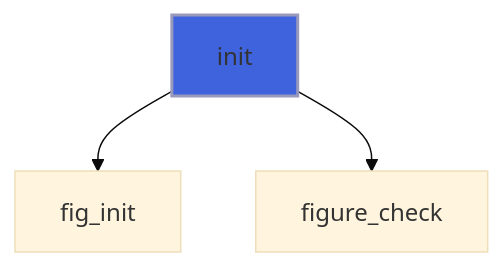
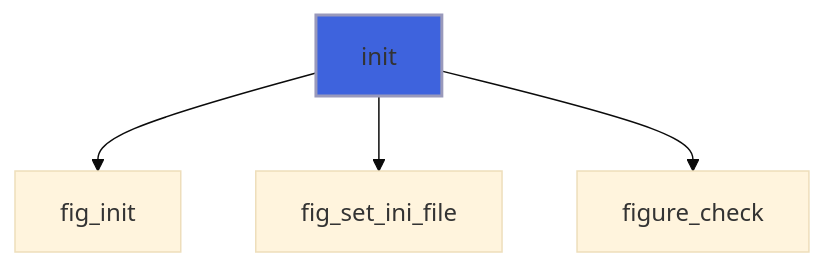
One commit to szaghi/figure changed the second of 8 diagrams in docs/api/src/lib/figure_app.md. Above: the diagram before and after it, drawn with Mermaid (base theme). The commit also changed other lines of this file and 21 other files, not shown here.

````diff
--- a/docs/api/src/lib/figure_app.md
+++ b/docs/api/src/lib/figure_app.md
@@ -97,6 +101,7 @@
 ```mermaid
 flowchart TD
   init["init"] --> fig_init["fig_init"]
+  init["init"] --> fig_set_ini_file["fig_set_ini_file"]
   init["init"] --> figure_check["figure_check"]
   style init fill:#3e63dd,stroke:#99b,stroke-width:2px
 ```
````
